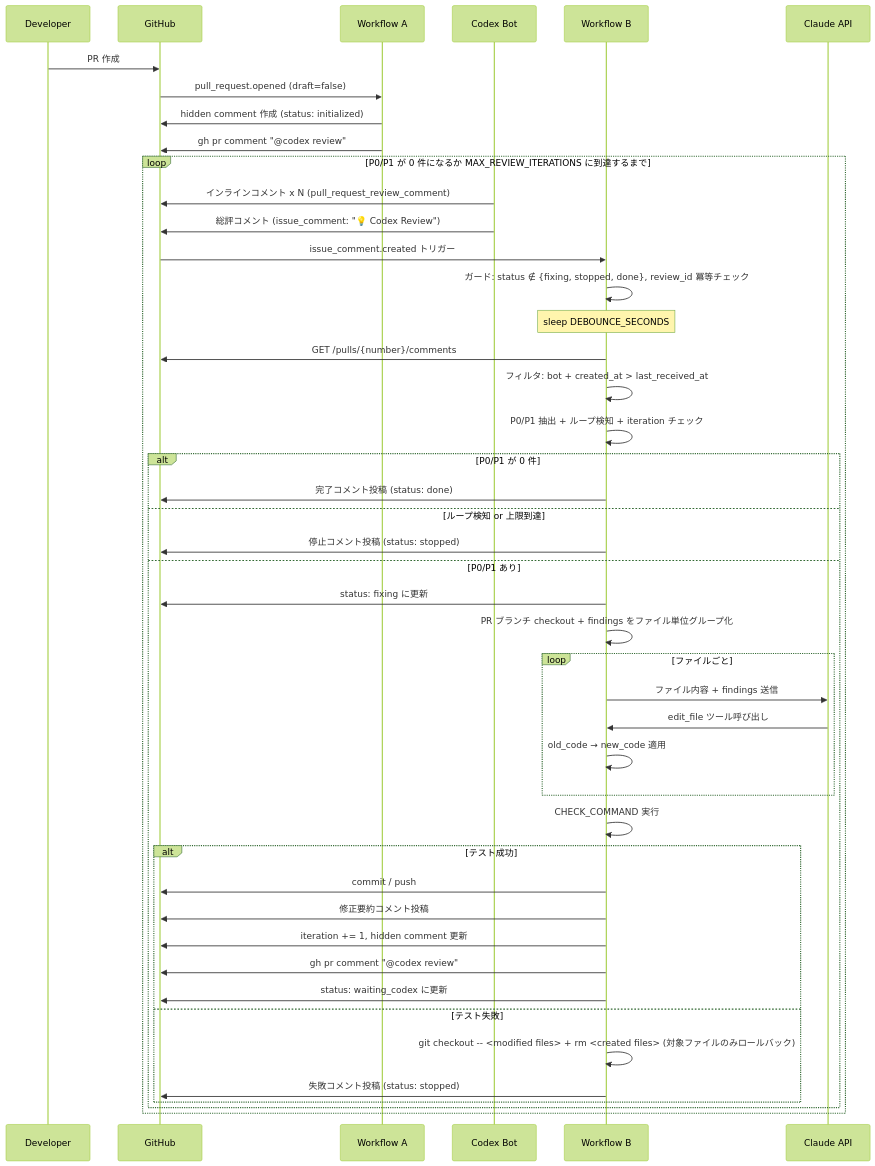
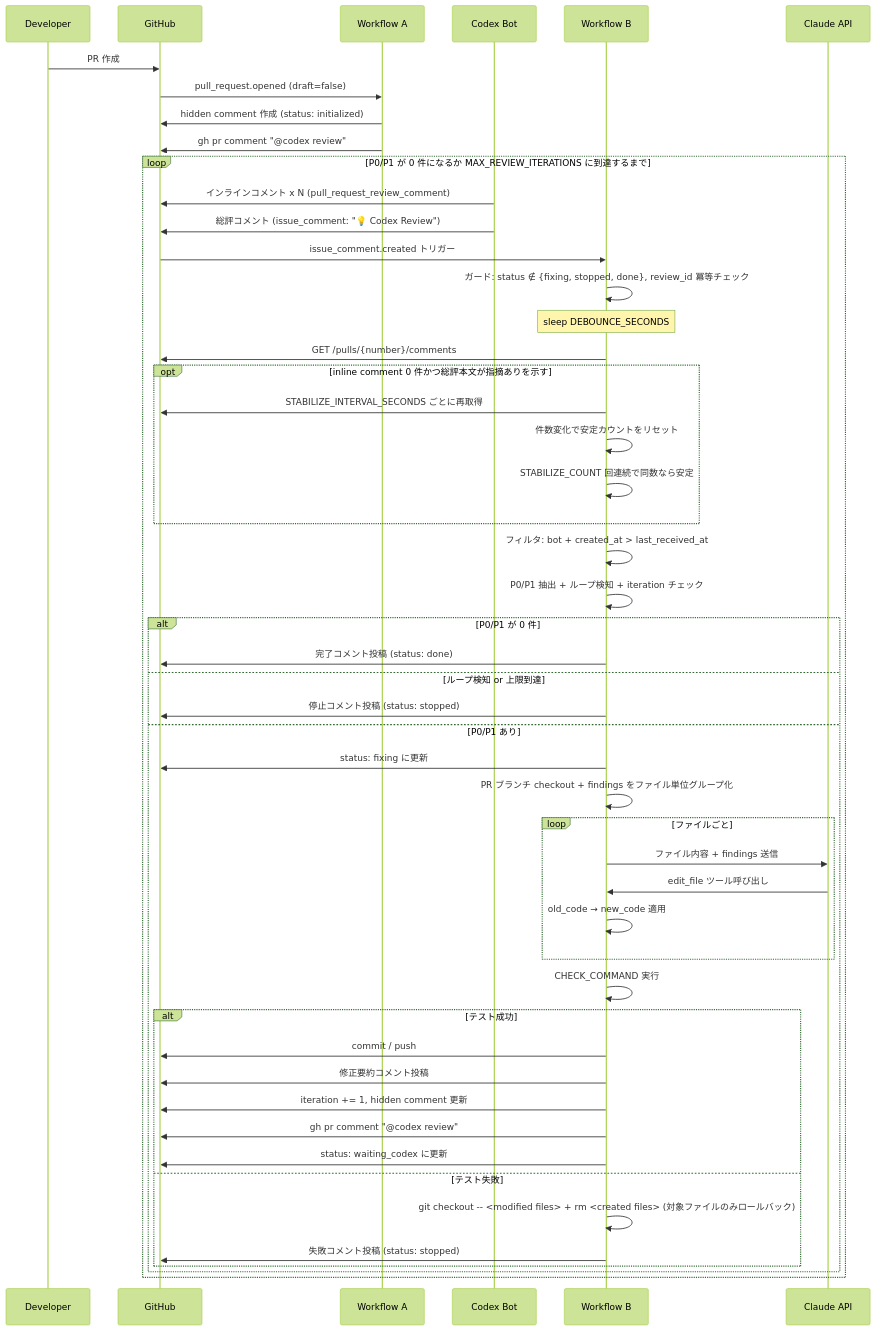
The first of 2 diagrams in docs/architecture/flow-and-state.md (edereship/loop-pilot), drawn with Mermaid (forest theme) before and after one commit. The commit also changed other lines of this file and 11 other files, not shown here.

Commit message:
feat: stabilize codex inline comment collection

````diff
--- a/docs/architecture/flow-and-state.md
+++ b/docs/architecture/flow-and-state.md
@@ -263,51 +263,56 @@
 ```mermaid
 sequenceDiagram
     participant Dev as Developer
     participant GH as GitHub
     participant WA as Workflow A
     participant Codex as Codex Bot
     participant WB as Workflow B
     participant Claude as Claude API
 
     Dev->>GH: PR 作成
     GH->>WA: pull_request.opened (draft=false)
     WA->>GH: hidden comment 作成 (status: initialized)
     WA->>GH: gh pr comment "@codex review"
 
     loop P0/P1 が 0 件になるか MAX_REVIEW_ITERATIONS に到達するまで
         Codex->>GH: インラインコメント x N (pull_request_review_comment)
         Codex->>GH: 総評コメント (issue_comment: "💡 Codex Review")
         GH->>WB: issue_comment.created トリガー
 
         WB->>WB: ガード: status ∉ {fixing, stopped, done}, review_id 冪等チェック
         Note over WB: sleep DEBOUNCE_SECONDS
         WB->>GH: GET /pulls/{number}/comments
+        opt inline comment 0 件かつ総評本文が指摘ありを示す
+            WB->>GH: STABILIZE_INTERVAL_SECONDS ごとに再取得
+            WB->>WB: 件数変化で安定カウントをリセット
+            WB->>WB: STABILIZE_COUNT 回連続で同数なら安定
+        end
         WB->>WB: フィルタ: bot + created_at > last_received_at
         WB->>WB: P0/P1 抽出 + ループ検知 + iteration チェック
 
         alt P0/P1 が 0 件
             WB->>GH: 完了コメント投稿 (status: done)
         else ループ検知 or 上限到達
             WB->>GH: 停止コメント投稿 (status: stopped)
         else P0/P1 あり
             WB->>GH: status: fixing に更新
             WB->>WB: PR ブランチ checkout + findings をファイル単位グループ化
             loop ファイルごと
                 WB->>Claude: ファイル内容 + findings 送信
                 Claude->>WB: edit_file ツール呼び出し
                 WB->>WB: old_code → new_code 適用
             end
             WB->>WB: CHECK_COMMAND 実行
             alt テスト成功
                 WB->>GH: commit / push
                 WB->>GH: 修正要約コメント投稿
                 WB->>GH: iteration += 1, hidden comment 更新
                 WB->>GH: gh pr comment "@codex review"
                 WB->>GH: status: waiting_codex に更新
             else テスト失敗
                 WB->>WB: git checkout -- <modified files> + rm <created files> (対象ファイルのみロールバック)
                 WB->>GH: 失敗コメント投稿 (status: stopped)
             end
         end
     end
 ```
````
